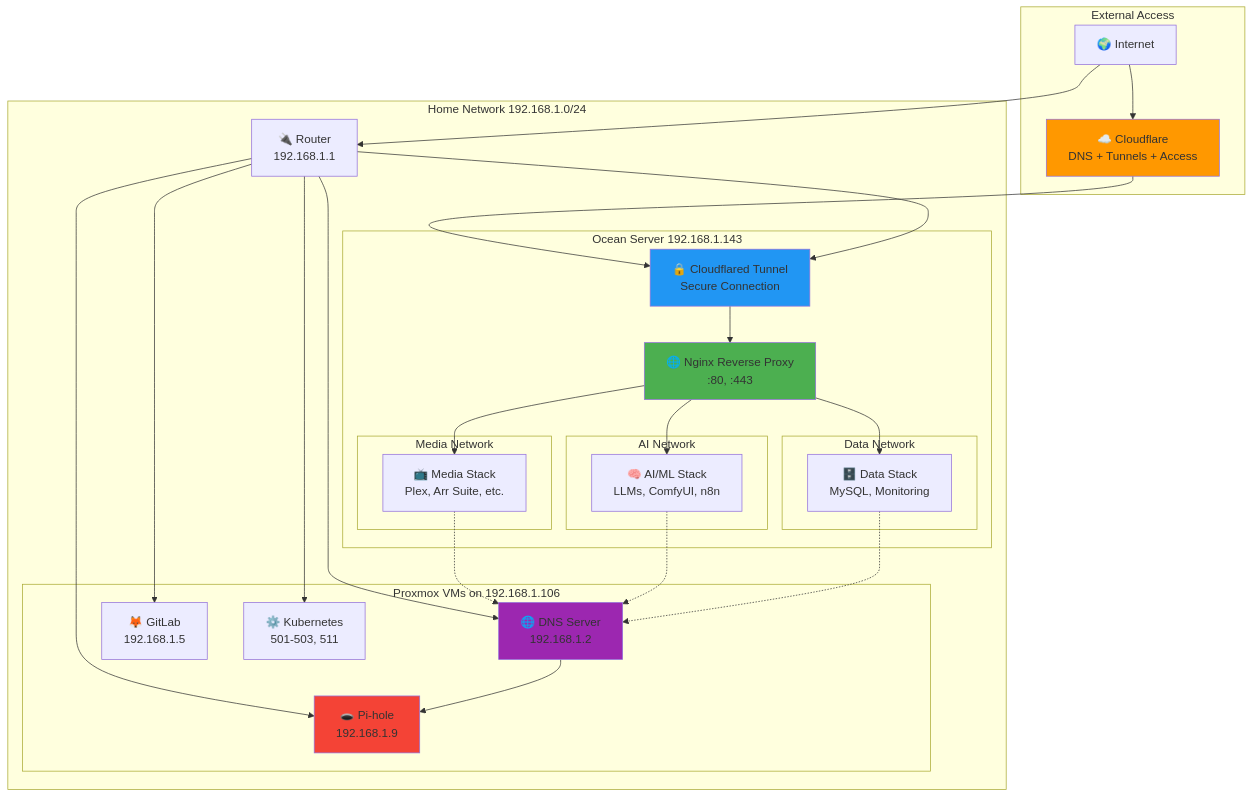
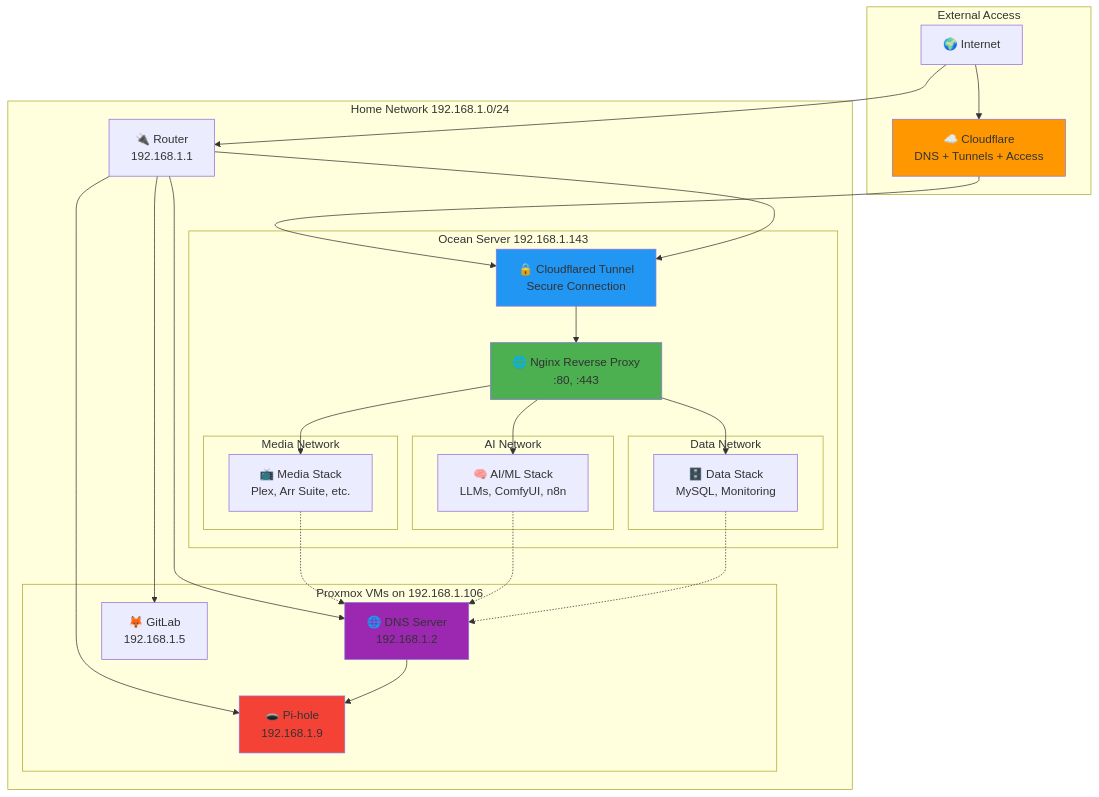
The diagram in docs/architecture/network-topology.md (bluefishforsale/homelab), drawn with Mermaid before and after one commit. The commit also changed 289 other files, not shown here.

First line of the commit message:
feat: implement GitHub Actions CI/CD with multi-tier safety architecture

````diff
--- a/docs/architecture/network-topology.md
+++ b/docs/architecture/network-topology.md
@@ -3,60 +3,58 @@
 ```mermaid
 graph TB
     subgraph "External Access"
         Internet[🌍 Internet]
         CF[☁️ Cloudflare<br/>DNS + Tunnels + Access]
     end
     
     subgraph "Home Network 192.168.1.0/24"
         Router[🔌 Router<br/>192.168.1.1]
         
         subgraph "Ocean Server 192.168.1.143"
             CFT[🔒 Cloudflared Tunnel<br/>Secure Connection]
             RP[🌐 Nginx Reverse Proxy<br/>:80, :443]
             
             subgraph "Media Network"
                 MediaServices[📺 Media Stack<br/>Plex, Arr Suite, etc.]
             end
             
             subgraph "AI Network" 
                 AIServices[🧠 AI/ML Stack<br/>LLMs, ComfyUI, n8n]
             end
             
             subgraph "Data Network"
                 DataServices[🗄️ Data Stack<br/>MySQL, Monitoring]
             end
         end
         
         subgraph "Proxmox VMs on 192.168.1.106"
             DNS[🌐 DNS Server<br/>192.168.1.2]
             PiHole[🕳️ Pi-hole<br/>192.168.1.9] 
             GitLab[🦊 GitLab<br/>192.168.1.5]
-            K8sCluster[⚙️ Kubernetes<br/>501-503, 511]
         end
     end
     
     Internet --> CF
     CF --> CFT
     CFT --> RP
     RP --> MediaServices
     RP --> AIServices
     RP --> DataServices
     
     Internet --> Router
     Router --> DNS
     Router --> PiHole
     Router --> GitLab
-    Router --> K8sCluster
     Router --> CFT
     
     DNS --> PiHole
     MediaServices -.-> DNS
     AIServices -.-> DNS
     DataServices -.-> DNS
     
     style CF fill:#ff9800
     style CFT fill:#2196f3
     style RP fill:#4caf50
     style DNS fill:#9c27b0
     style PiHole fill:#f44336
 ```
````
